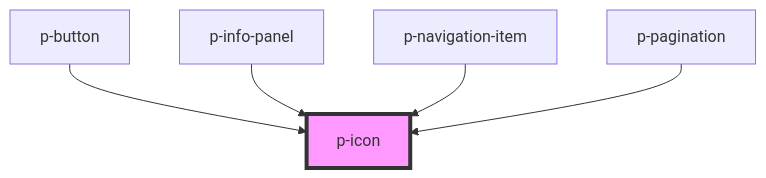
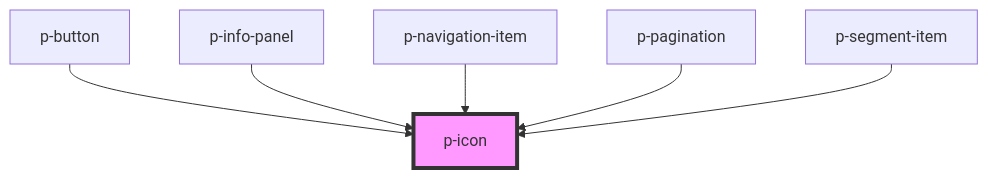
The diagram in packages/core/src/components/atoms/icon/readme.md (Employes/paperless), drawn with Mermaid before and after one commit. The commit also changed other lines of this file and 8 other files, not shown here.

Commit message:
feat(Atoms): Add segment item component

````diff
--- a/packages/core/src/components/atoms/icon/readme.md
+++ b/packages/core/src/components/atoms/icon/readme.md
@@ -32,8 +33,9 @@
 ```mermaid
 graph TD;
   p-button --> p-icon
   p-info-panel --> p-icon
   p-navigation-item --> p-icon
   p-pagination --> p-icon
+  p-segment-item --> p-icon
   style p-icon fill:#f9f,stroke:#333,stroke-width:4px
 ```
````
